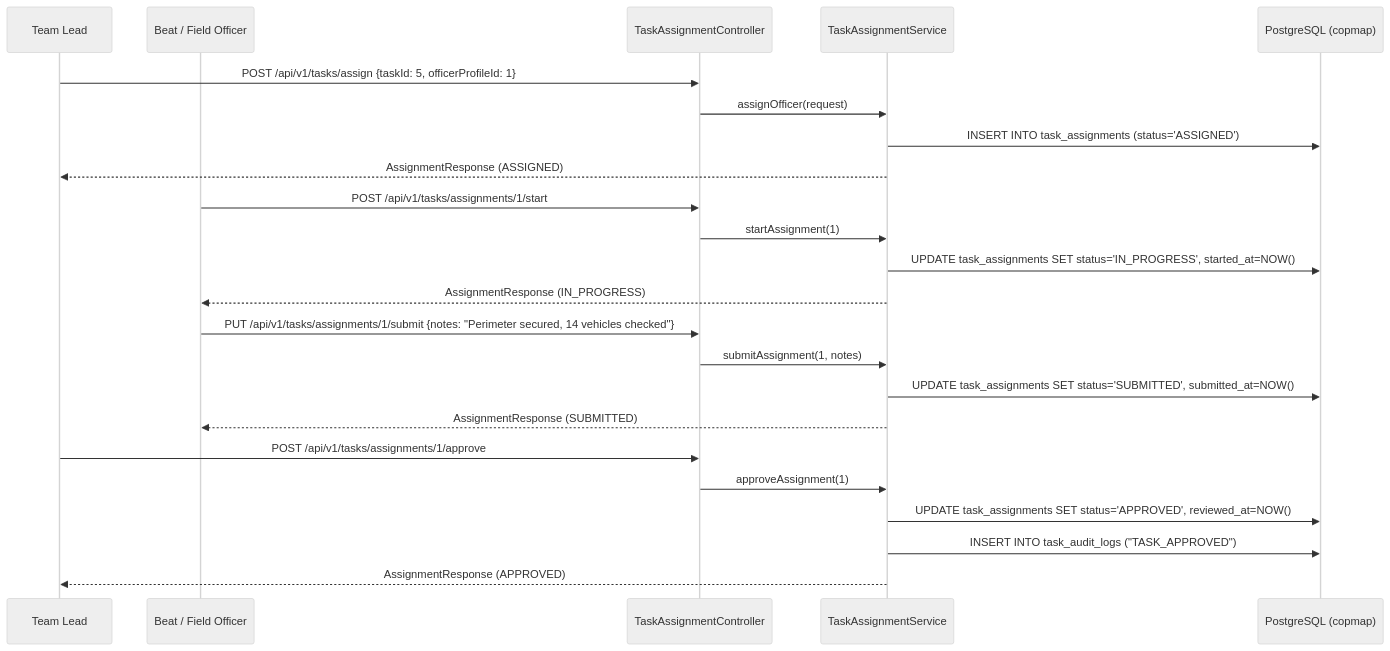
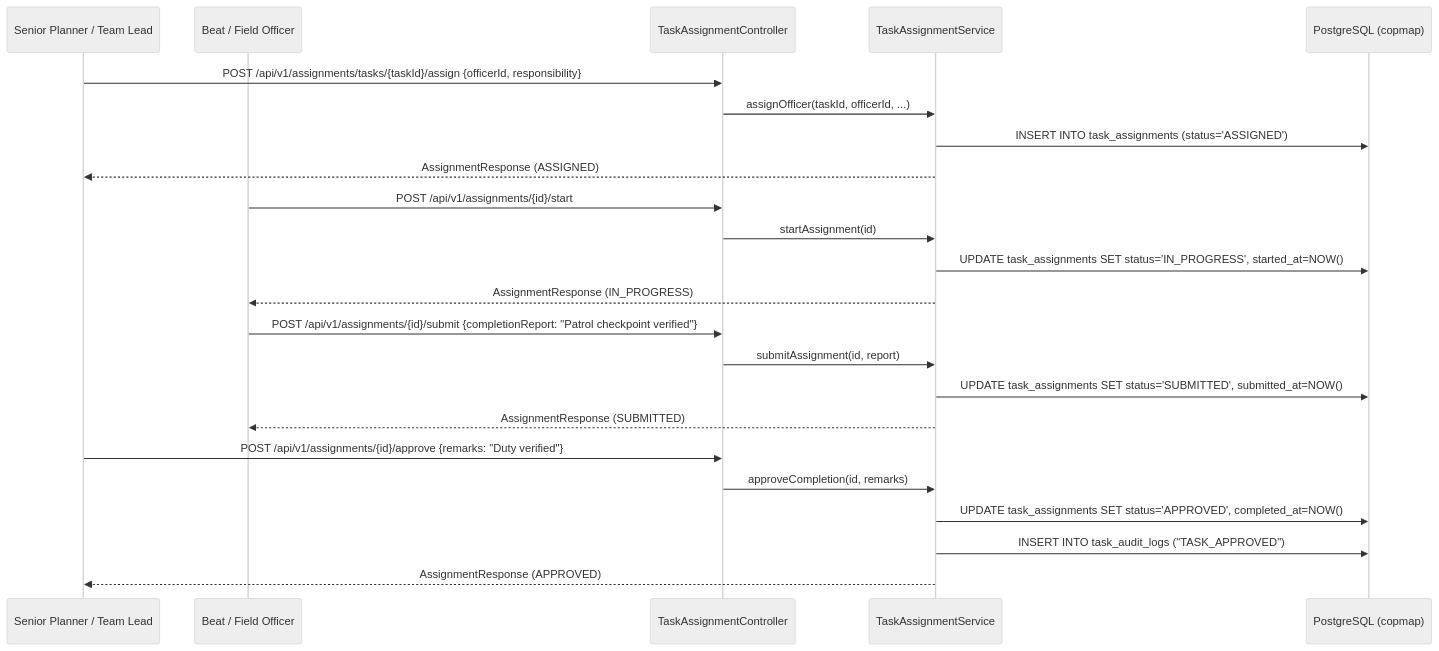
One commit to Anantctrl/CMP changed the fifth of 7 diagrams in README.md. Above: the diagram before and after it, drawn with Mermaid (neutral theme). The commit also changed other lines of this file, not shown here.

Commit message:
docs(readme): audit and align all architectural claims, endpoints, and setup instructions with actual codebase

````diff
--- a/README.md
+++ b/README.md
@@ -197,29 +201,29 @@
 ```mermaid
 sequenceDiagram
-    participant Lead as Team Lead
+    participant Planner as Senior Planner / Team Lead
     participant Officer as Beat / Field Officer
-    participant TaskCtrl as TaskAssignmentController
-    participant TaskSvc as TaskAssignmentService
+    participant AssignCtrl as TaskAssignmentController
+    participant AssignSvc as TaskAssignmentService
     participant PG as PostgreSQL (copmap)
 
-    Lead->>TaskCtrl: POST /api/v1/tasks/assign {taskId: 5, officerProfileId: 1}
-    TaskCtrl->>TaskSvc: assignOfficer(request)
-    TaskSvc->>PG: INSERT INTO task_assignments (status='ASSIGNED')
-    TaskSvc-->>Lead: AssignmentResponse (ASSIGNED)
+    Planner->>AssignCtrl: POST /api/v1/assignments/tasks/{taskId}/assign {officerId, responsibility}
+    AssignCtrl->>AssignSvc: assignOfficer(taskId, officerId, ...)
+    AssignSvc->>PG: INSERT INTO task_assignments (status='ASSIGNED')
+    AssignSvc-->>Planner: AssignmentResponse (ASSIGNED)
 
-    Officer->>TaskCtrl: POST /api/v1/tasks/assignments/1/start
-    TaskCtrl->>TaskSvc: startAssignment(1)
-    TaskSvc->>PG: UPDATE task_assignments SET status='IN_PROGRESS', started_at=NOW()
-    TaskSvc-->>Officer: AssignmentResponse (IN_PROGRESS)
+    Officer->>AssignCtrl: POST /api/v1/assignments/{id}/start
+    AssignCtrl->>AssignSvc: startAssignment(id)
+    AssignSvc->>PG: UPDATE task_assignments SET status='IN_PROGRESS', started_at=NOW()
+    AssignSvc-->>Officer: AssignmentResponse (IN_PROGRESS)
 
-    Officer->>TaskCtrl: PUT /api/v1/tasks/assignments/1/submit {notes: "Perimeter secured, 14 vehicles checked"}
-    TaskCtrl->>TaskSvc: submitAssignment(1, notes)
-    TaskSvc->>PG: UPDATE task_assignments SET status='SUBMITTED', submitted_at=NOW()
-    TaskSvc-->>Officer: AssignmentResponse (SUBMITTED)
+    Officer->>AssignCtrl: POST /api/v1/assignments/{id}/submit {completionReport: "Patrol checkpoint verified"}
+    AssignCtrl->>AssignSvc: submitAssignment(id, report)
+    AssignSvc->>PG: UPDATE task_assignments SET status='SUBMITTED', submitted_at=NOW()
+    AssignSvc-->>Officer: AssignmentResponse (SUBMITTED)
 
-    Lead->>TaskCtrl: POST /api/v1/tasks/assignments/1/approve
-    TaskCtrl->>TaskSvc: approveAssignment(1)
-    TaskSvc->>PG: UPDATE task_assignments SET status='APPROVED', reviewed_at=NOW()
-    TaskSvc->>PG: INSERT INTO task_audit_logs ("TASK_APPROVED")
-    TaskSvc-->>Lead: AssignmentResponse (APPROVED)
+    Planner->>AssignCtrl: POST /api/v1/assignments/{id}/approve {remarks: "Duty verified"}
+    AssignCtrl->>AssignSvc: approveCompletion(id, remarks)
+    AssignSvc->>PG: UPDATE task_assignments SET status='APPROVED', completed_at=NOW()
+    AssignSvc->>PG: INSERT INTO task_audit_logs ("TASK_APPROVED")
+    AssignSvc-->>Planner: AssignmentResponse (APPROVED)
 ```
````
